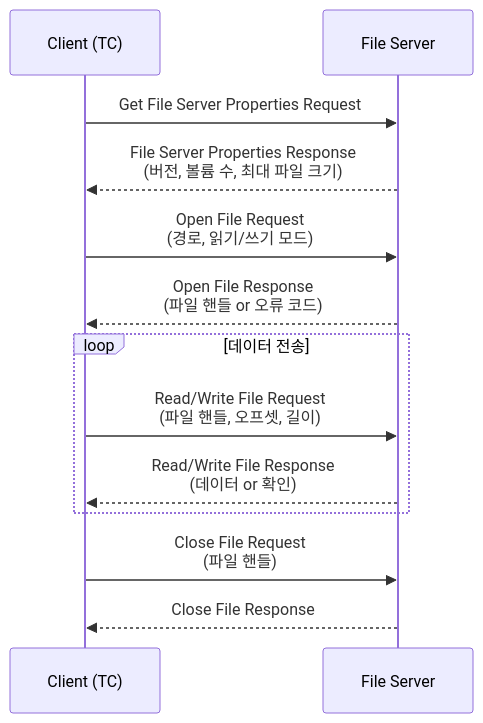
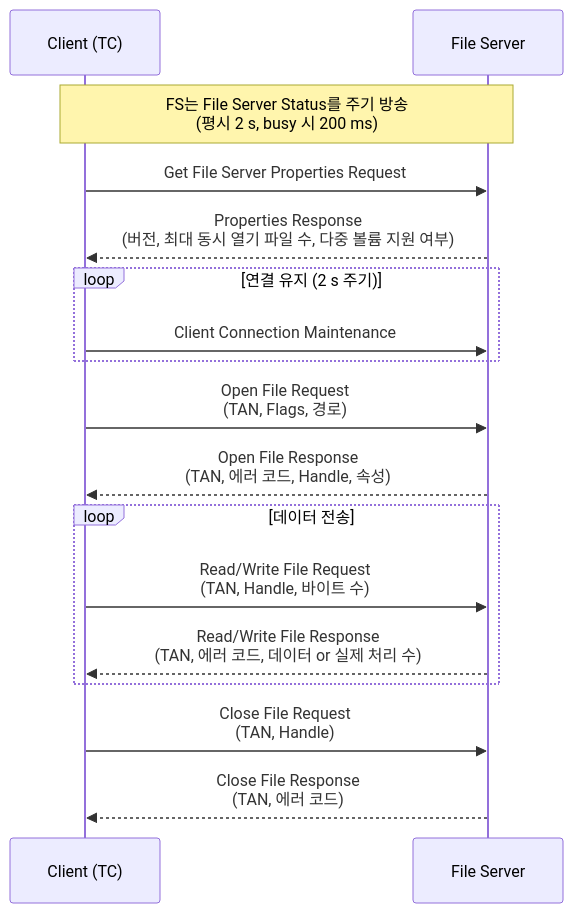
One commit to hobeen-kim/hobeen-kim.github.io changed the fourth of 4 diagrams in docs/_study/isobus/21-isobus-misc.md. Above: the diagram before and after it, drawn with Mermaid. The commit also changed other lines of this file and 18 other files, not shown here.

````diff
--- a/docs/_study/isobus/21-isobus-misc.md
+++ b/docs/_study/isobus/21-isobus-misc.md
@@ -168,19 +221,25 @@
 ```mermaid
 sequenceDiagram
     participant C as Client (TC)
     participant FS as File Server
 
+    Note over C,FS: FS는 File Server Status를 주기 방송<br>(평시 2 s, busy 시 200 ms)
+
     C->>FS: Get File Server Properties Request
-    FS-->>C: File Server Properties Response<br>(버전, 볼륨 수, 최대 파일 크기)
+    FS-->>C: Properties Response<br>(버전, 최대 동시 열기 파일 수, 다중 볼륨 지원 여부)
 
-    C->>FS: Open File Request<br>(경로, 읽기/쓰기 모드)
-    FS-->>C: Open File Response<br>(파일 핸들 or 오류 코드)
+    loop 연결 유지 (2 s 주기)
+        C->>FS: Client Connection Maintenance
+    end
+
+    C->>FS: Open File Request<br>(TAN, Flags, 경로)
+    FS-->>C: Open File Response<br>(TAN, 에러 코드, Handle, 속성)
 
     loop 데이터 전송
-        C->>FS: Read/Write File Request<br>(파일 핸들, 오프셋, 길이)
-        FS-->>C: Read/Write File Response<br>(데이터 or 확인)
+        C->>FS: Read/Write File Request<br>(TAN, Handle, 바이트 수)
+        FS-->>C: Read/Write File Response<br>(TAN, 에러 코드, 데이터 or 실제 처리 수)
     end
 
-    C->>FS: Close File Request<br>(파일 핸들)
-    FS-->>C: Close File Response
+    C->>FS: Close File Request<br>(TAN, Handle)
+    FS-->>C: Close File Response<br>(TAN, 에러 코드)
 ```
````
